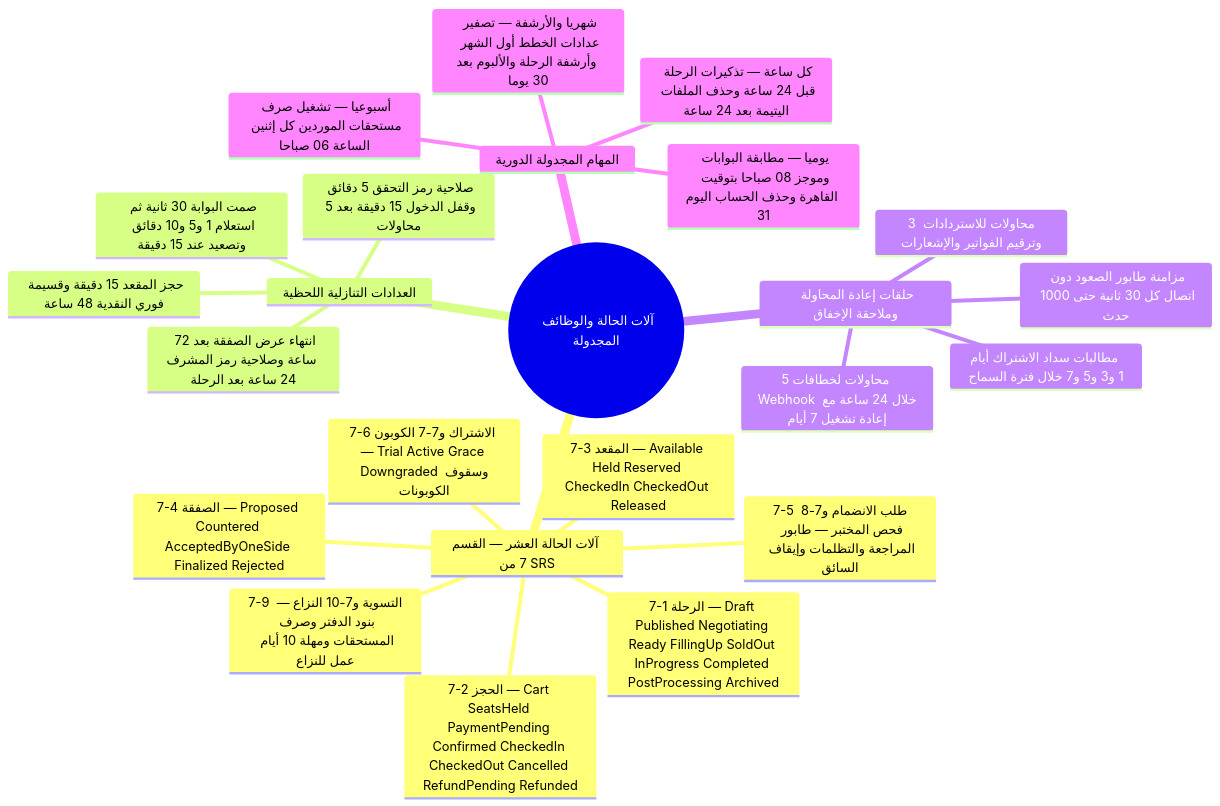
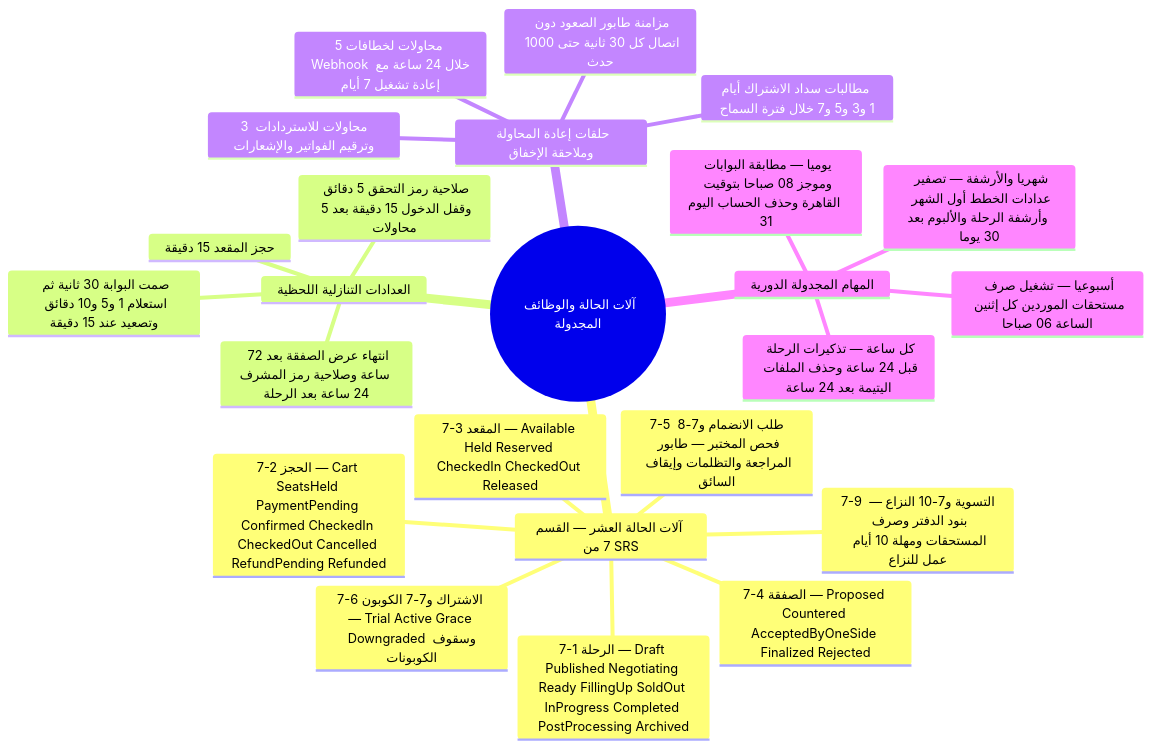
The fifth of 7 diagrams in content/docs/ar/system/mindmaps.mdx (mohamedhabibwork/trips-enjoy-docs), drawn with Mermaid before and after one commit. The commit also changed other lines of this file and 117 other files, not shown here.

````diff
--- a/content/docs/ar/system/mindmaps.mdx
+++ b/content/docs/ar/system/mindmaps.mdx
@@ -359,27 +359,27 @@
 ```mermaid
 mindmap
   root(("آلات الحالة والوظائف المجدولة"))
     آلات الحالة العشر — القسم 7 من SRS
       7-1 الرحلة — Draft Published Negotiating Ready FillingUp SoldOut InProgress Completed PostProcessing Archived
       7-2 الحجز — Cart SeatsHeld PaymentPending Confirmed CheckedIn CheckedOut Cancelled RefundPending Refunded
       7-3 المقعد — Available Held Reserved CheckedIn CheckedOut Released
       7-4 الصفقة — Proposed Countered AcceptedByOneSide Finalized Rejected
       7-5 طلب الانضمام و7-8 فحص المختبر — طابور المراجعة والتظلمات وإيقاف السائق
       7-6 الاشتراك و7-7 الكوبون — Trial Active Grace Downgraded وسقوف الكوبونات
       7-9 التسوية و7-10 النزاع — بنود الدفتر وصرف المستحقات ومهلة 10 أيام عمل للنزاع
     العدادات التنازلية اللحظية
-      حجز المقعد 15 دقيقة وقسيمة فوري النقدية 48 ساعة
+      حجز المقعد 15 دقيقة
       صمت البوابة 30 ثانية ثم استعلام 1 و5 و10 دقائق وتصعيد عند 15 دقيقة
       صلاحية رمز التحقق 5 دقائق وقفل الدخول 15 دقيقة بعد 5 محاولات
       انتهاء عرض الصفقة بعد 72 ساعة وصلاحية رمز المشرف 24 ساعة بعد الرحلة
     حلقات إعادة المحاولة وملاحقة الإخفاق
       مطالبات سداد الاشتراك أيام 1 و3 و5 و7 خلال فترة السماح
       3 محاولات للاستردادات وترقيم الفواتير والإشعارات
       5 محاولات لخطافات Webhook خلال 24 ساعة مع إعادة تشغيل 7 أيام
       مزامنة طابور الصعود دون اتصال كل 30 ثانية حتى 1000 حدث
     المهام المجدولة الدورية
       كل ساعة — تذكيرات الرحلة قبل 24 ساعة وحذف الملفات اليتيمة بعد 24 ساعة
       يوميا — مطابقة البوابات وموجز 08 صباحا بتوقيت القاهرة وحذف الحساب اليوم 31
       أسبوعيا — تشغيل صرف مستحقات الموردين كل إثنين الساعة 06 صباحا
       شهريا والأرشفة — تصفير عدادات الخطط أول الشهر وأرشفة الرحلة والألبوم بعد 30 يوما
 ```
````
